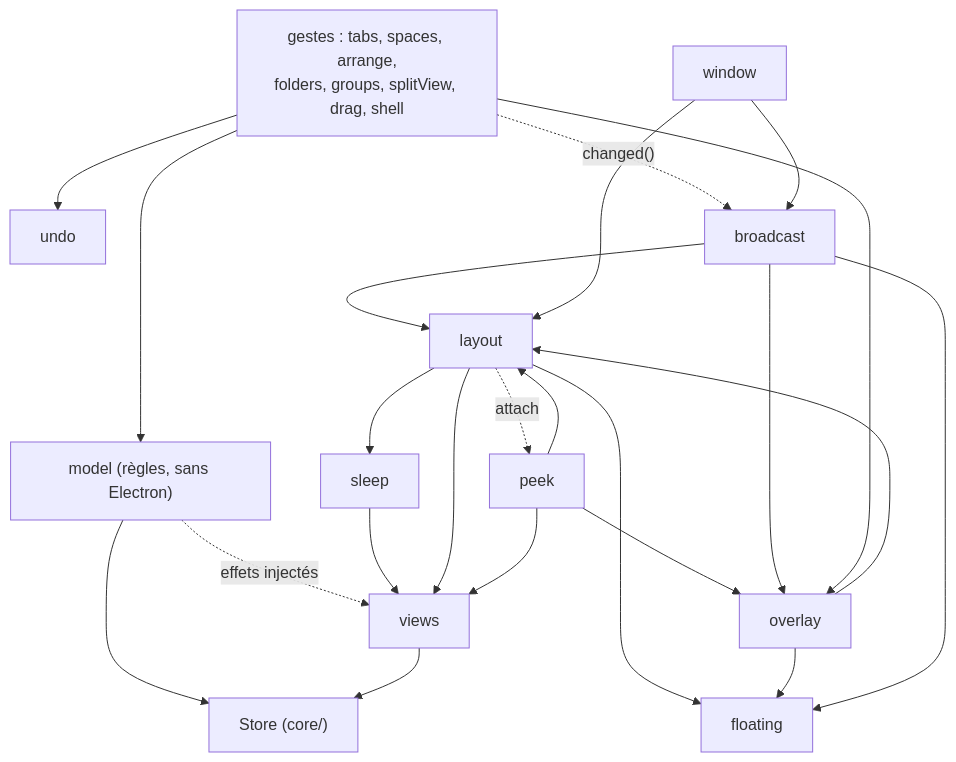
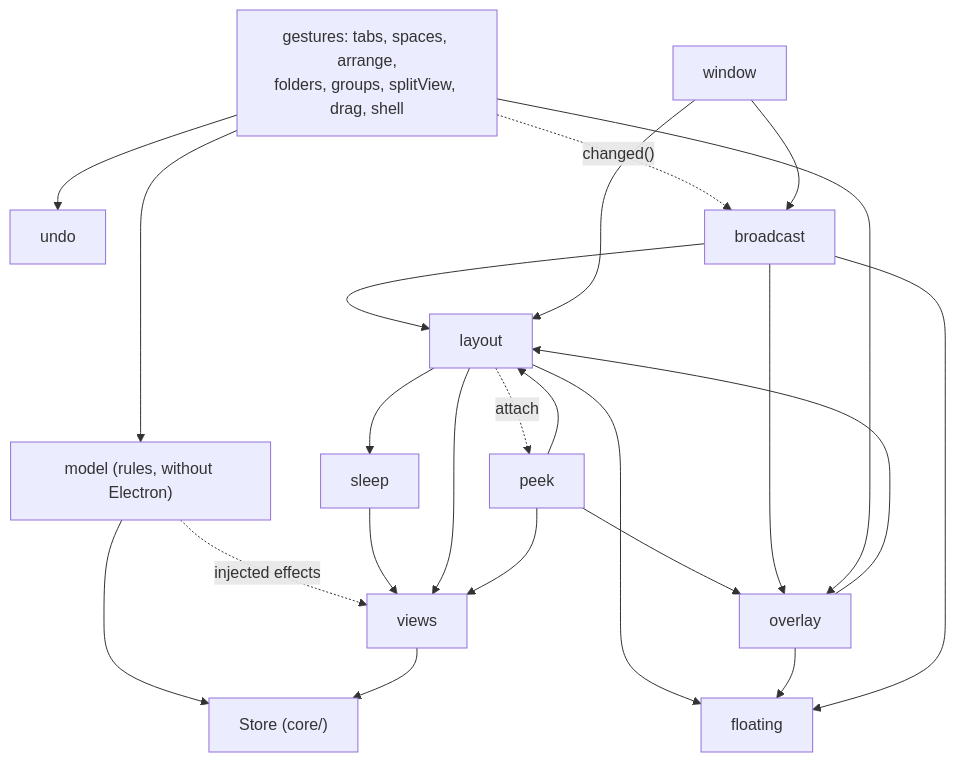
One commit to ItsKarmaOff/Signet changed the second of 3 diagrams in docs/ARCHITECTURE.md. Above: the diagram before and after it, drawn with Mermaid. The commit also changed other lines of this file and 13 other files, not shown here.

````diff
--- a/docs/ARCHITECTURE.md
+++ b/docs/ARCHITECTURE.md
@@ -155,38 +155,38 @@
 ```mermaid
 graph TD
   store["Store (core/)"]
-  model["model (règles, sans Electron)"]
+  model["model (rules, without Electron)"]
   views["views"]
   sleep["sleep"]
   floating["floating"]
   layout["layout"]
   overlay["overlay"]
   peek["peek"]
   undo["undo"]
   broadcast["broadcast"]
   window["window"]
-  gestures["gestes : tabs, spaces, arrange,<br/>folders, groups, splitView, drag, shell"]
+  gestures["gestures: tabs, spaces, arrange,<br/>folders, groups, splitView, drag, shell"]
 
   model --> store
-  model -. "effets injectés" .-> views
+  model -. "injected effects" .-> views
   views --> store
   sleep --> views
   layout --> views
   layout --> sleep
   layout --> floating
   overlay --> layout
   overlay --> floating
   peek --> views
   peek --> layout
   peek --> overlay
   layout -. "attach" .-> peek
   broadcast --> layout
   broadcast --> overlay
   broadcast --> floating
   gestures --> model
   gestures -. "changed()" .-> broadcast
   gestures --> undo
   gestures --> overlay
   window --> layout
   window --> broadcast
 ```
````
